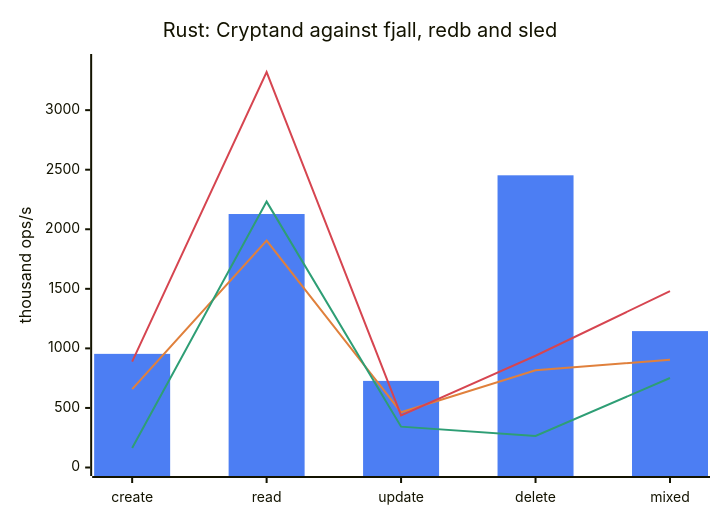
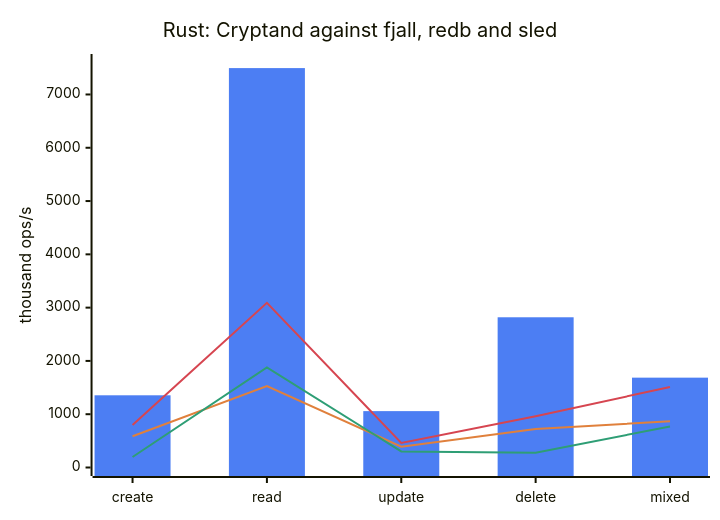
The first of 4 diagrams in reference/bench/RESULTS.md (nitrite/cryptand), drawn with Mermaid before and after one commit. The commit also changed other lines of this file and 21 other files, not shown here.

````diff
--- a/reference/bench/RESULTS.md
+++ b/reference/bench/RESULTS.md
@@ -46,11 +50,11 @@
 ```mermaid
 %%{init: {"themeVariables": {"xyChart": {"plotColorPalette": "#4C7EF3, #E0803C, #D64550, #2E9E75"}}}}%%
 xychart-beta
     title "Rust: Cryptand against fjall, redb and sled"
     x-axis ["create", "read", "update", "delete", "mixed"]
-    y-axis "thousand ops/s" 0 --> 3400
-    bar "cryptand" [954, 2128, 727, 2453, 1145]
-    line "fjall" [658, 1905, 464, 816, 905]
-    line "redb" [889, 3319, 438, 938, 1481]
-    line "sled" [163, 2232, 343, 265, 751]
+    y-axis "thousand ops/s" 0 --> 7600
+    bar "cryptand" [1355, 7495, 1058, 2819, 1686]
+    line "fjall" [586, 1528, 391, 722, 868]
+    line "redb" [799, 3090, 462, 960, 1511]
+    line "sled" [197, 1878, 302, 276, 771]
 ```
````
